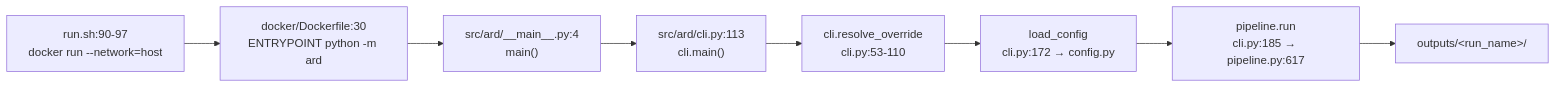
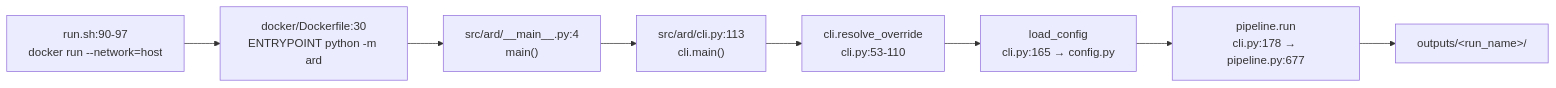
The third of 5 diagrams in docs/architecture.md (godthrone/anchor-replay-distillation), drawn with Mermaid before and after one commit. The commit also changed other lines of this file and 6 other files, not shown here.

````diff
--- a/docs/architecture.md
+++ b/docs/architecture.md
@@ -94,10 +94,10 @@
 ```mermaid
 flowchart LR
     R["run.sh:90-97<br/>docker run --network=host"] --> D["docker/Dockerfile:30<br/>ENTRYPOINT python -m ard"]
     D --> M["src/ard/__main__.py:4<br/>main()"]
     M --> C["src/ard/cli.py:113<br/>cli.main()"]
     C --> O["cli.resolve_override<br/>cli.py:53-110"]
-    O --> L["load_config<br/>cli.py:172 → config.py"]
-    L --> P["pipeline.run<br/>cli.py:185 → pipeline.py:617"]
+    O --> L["load_config<br/>cli.py:165 → config.py"]
+    L --> P["pipeline.run<br/>cli.py:178 → pipeline.py:677"]
     P --> Out["outputs/&lt;run_name&gt;/"]
 ```
````
